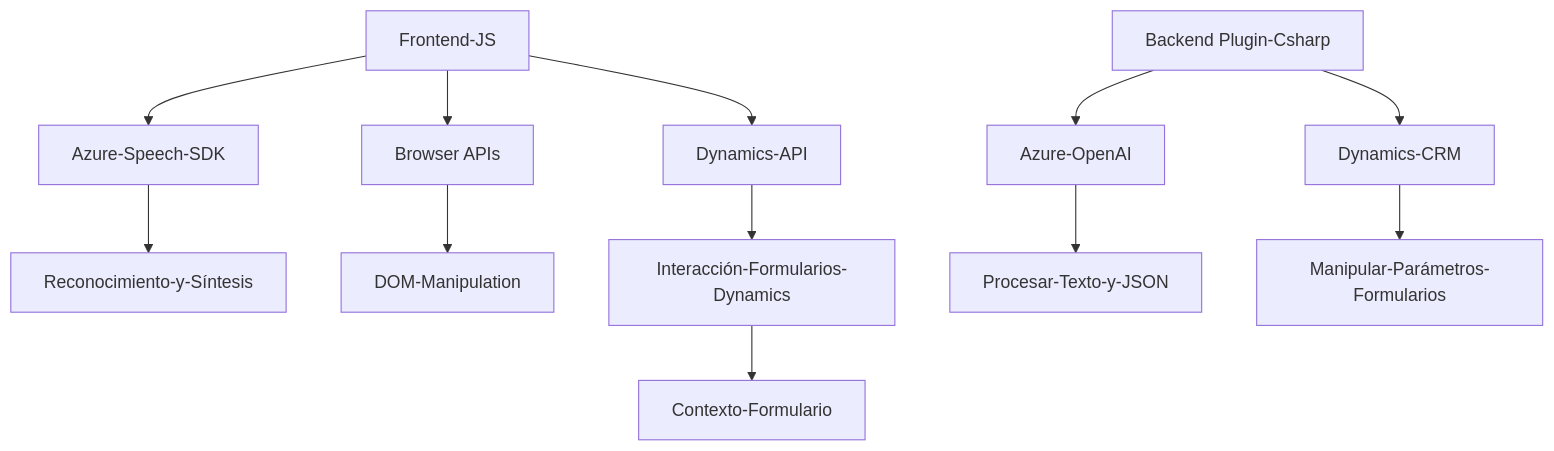
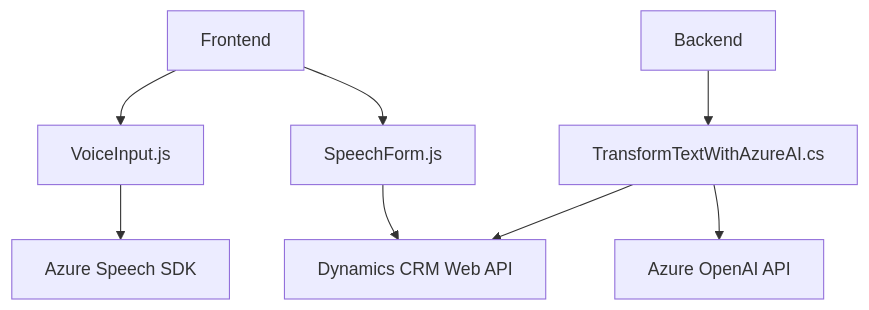
The diagram in README.md (blopezdm/NETCORE_BILBAO2025), drawn with Mermaid before and after one commit. The commit also changed other lines of this file, not shown here.

````diff
--- a/README.md
+++ b/README.md
@@ -58,15 +40,19 @@
 ```mermaid
 graph TD
-    A["Frontend-JS"] --> B["Azure-Speech-SDK"]
-    B --> C["Reconocimiento-y-Síntesis"]
-    A --> D["Browser APIs"]
-    D --> E["DOM-Manipulation"]
-    A --> F["Dynamics-API"]
-    F --> G["Interacción-Formularios-Dynamics"]
-    G --> H["Contexto-Formulario"]
-    
-    I["Backend Plugin-Csharp"] --> J["Azure-OpenAI"]
-    I --> K["Dynamics-CRM"]
-    J --> L["Procesar-Texto-y-JSON"]
-    K --> M["Manipular-Parámetros-Formularios"]
+    A["Frontend"]
+    B["VoiceInput.js"]
+    C["SpeechForm.js"]
+    D["Backend"]
+    E["TransformTextWithAzureAI.cs"]
+    F["Azure Speech SDK"]
+    G["Dynamics CRM Web API"]
+    H["Azure OpenAI API"]
+
+    A --> B
+    A --> C
+    B --> F
+    C --> G
+    D --> E
+    E --> G
+    E --> H
 ```
````
